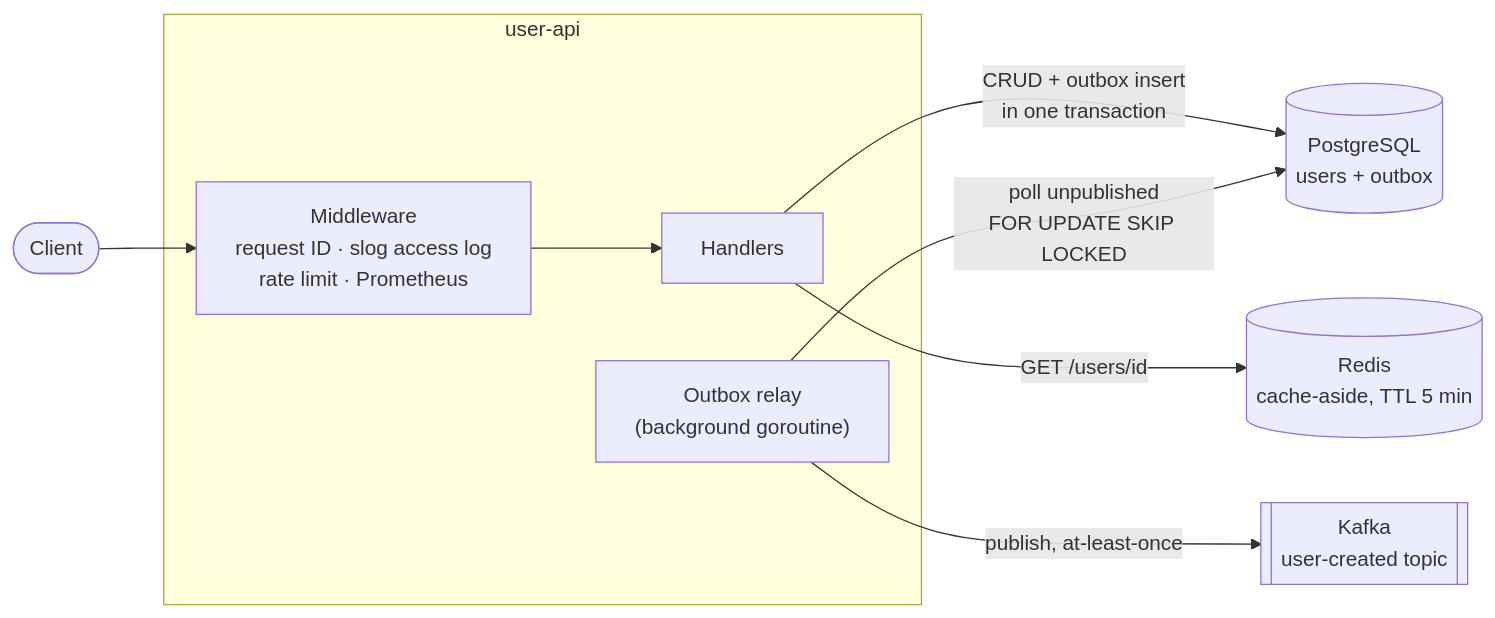
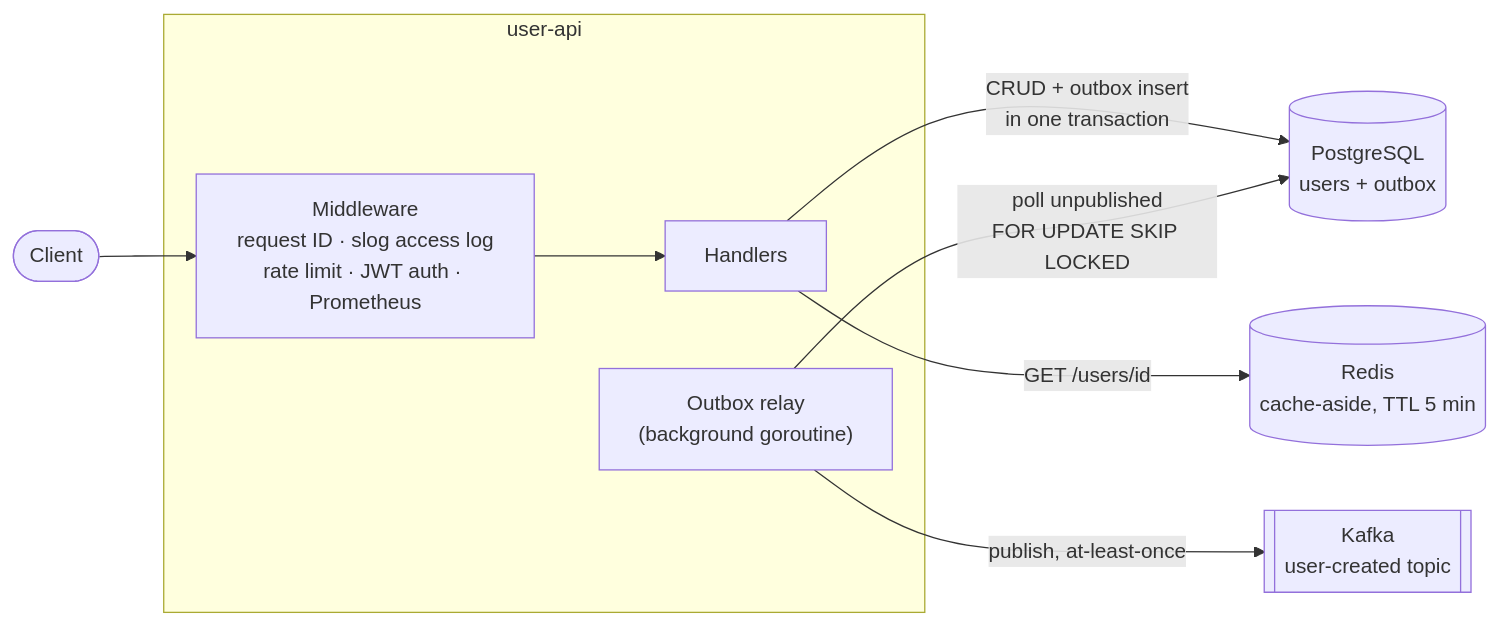
Before and after one commit to Relicxx/user-api: the diagram in README.md, drawn with Mermaid. The commit also changed other lines of this file and 13 other files, not shown here.

First line of the commit message:
Add JWT auth: client-credentials token endpoint, bearer middleware on mutating routes

````diff
--- a/README.md
+++ b/README.md
@@ -7,20 +7,20 @@
 ```mermaid
 flowchart LR
     Client([Client])
 
     subgraph service [user-api]
-        MW["Middleware<br/>request ID · slog access log<br/>rate limit · Prometheus"]
+        MW["Middleware<br/>request ID · slog access log<br/>rate limit · JWT auth · Prometheus"]
         H[Handlers]
         Relay["Outbox relay<br/>(background goroutine)"]
     end
 
     PG[(PostgreSQL<br/>users + outbox)]
     R[(Redis<br/>cache-aside, TTL 5 min)]
     K[[Kafka<br/>user-created topic]]
 
     Client --> MW --> H
     H -->|CRUD + outbox insert<br/>in one transaction| PG
     H -->|GET /users/id| R
     Relay -->|poll unpublished<br/>FOR UPDATE SKIP LOCKED| PG
     Relay -->|publish, at-least-once| K
 ```
````
